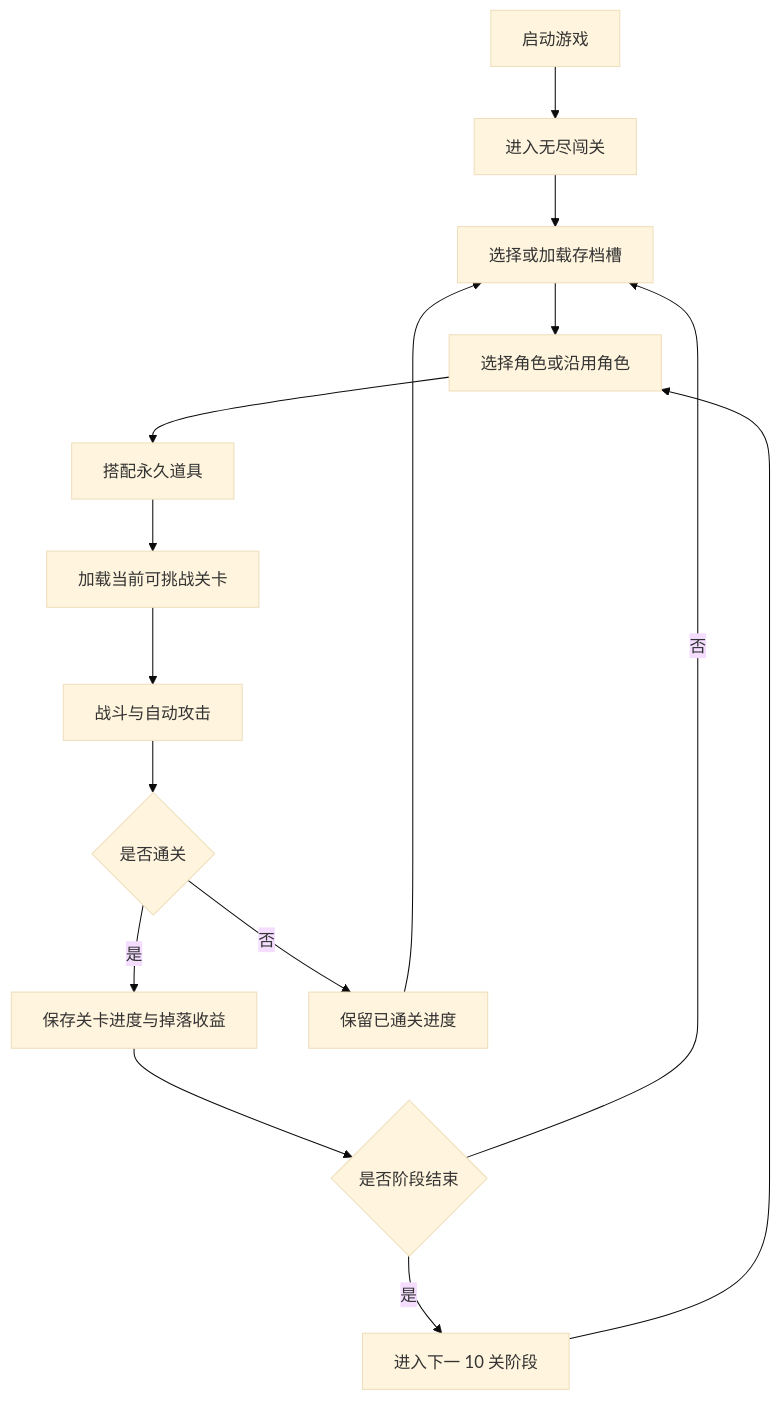
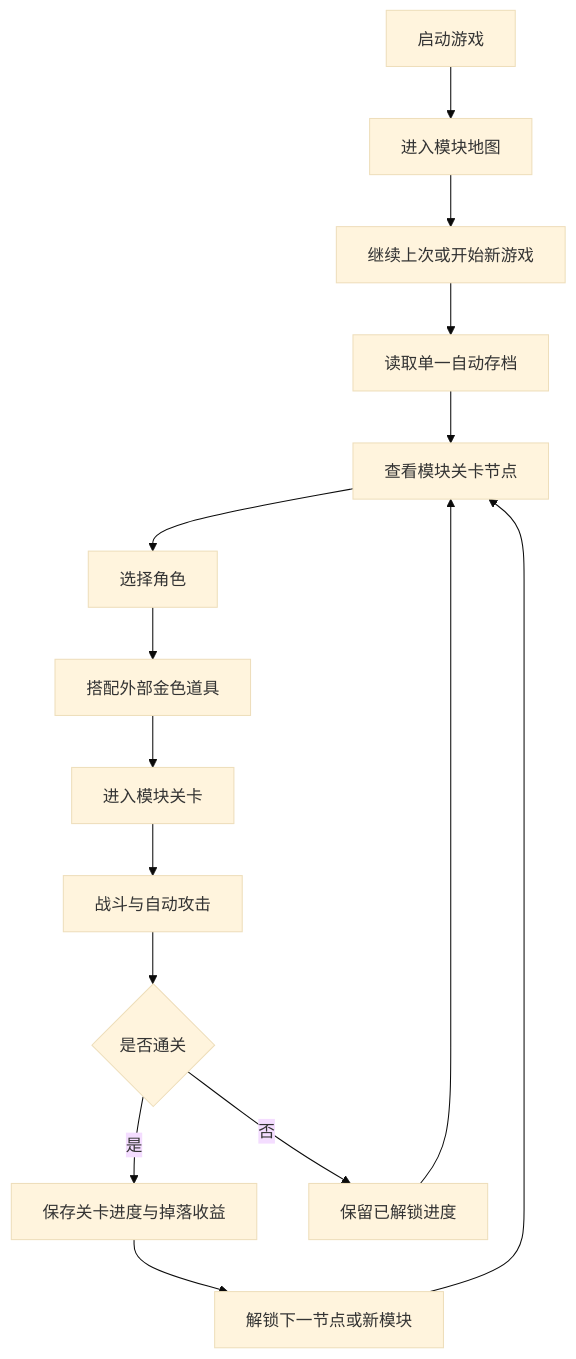
The diagram in 项目设计.md (luode0320/da-luang-dou), drawn with Mermaid (base theme) before and after one commit. The commit also changed other lines of this file and 8 other files, not shown here.

````diff
--- a/项目设计.md
+++ b/项目设计.md
@@ -55,17 +87,17 @@
 ```mermaid
 flowchart TD
-    A[启动游戏] --> B[进入无尽闯关]
-    B --> C[选择或加载存档槽]
-    C --> R[选择角色或沿用角色]
-    R --> P[搭配永久道具]
-    P --> J[加载当前可挑战关卡]
-    J --> D[战斗与自动攻击]
-    D --> E{是否通关}
-    E -- 是 --> F[保存关卡进度与掉落收益]
-    F --> G{是否阶段结束}
-    G -- 是 --> H[进入下一 10 关阶段]
-    H --> R
-    G -- 否 --> C
-    E -- 否 --> I[保留已通关进度]
-    I --> C
+    A[启动游戏] --> B[进入模块地图]
+    B --> C[继续上次或开始新游戏]
+    C --> D[读取单一自动存档]
+    D --> E[查看模块关卡节点]
+    E --> F[选择角色]
+    F --> G[搭配外部金色道具]
+    G --> H[进入模块关卡]
+    H --> I[战斗与自动攻击]
+    I --> J{是否通关}
+    J -- 是 --> K[保存关卡进度与掉落收益]
+    K --> L[解锁下一节点或新模块]
+    L --> E
+    J -- 否 --> M[保留已解锁进度]
+    M --> E
 ```
````
